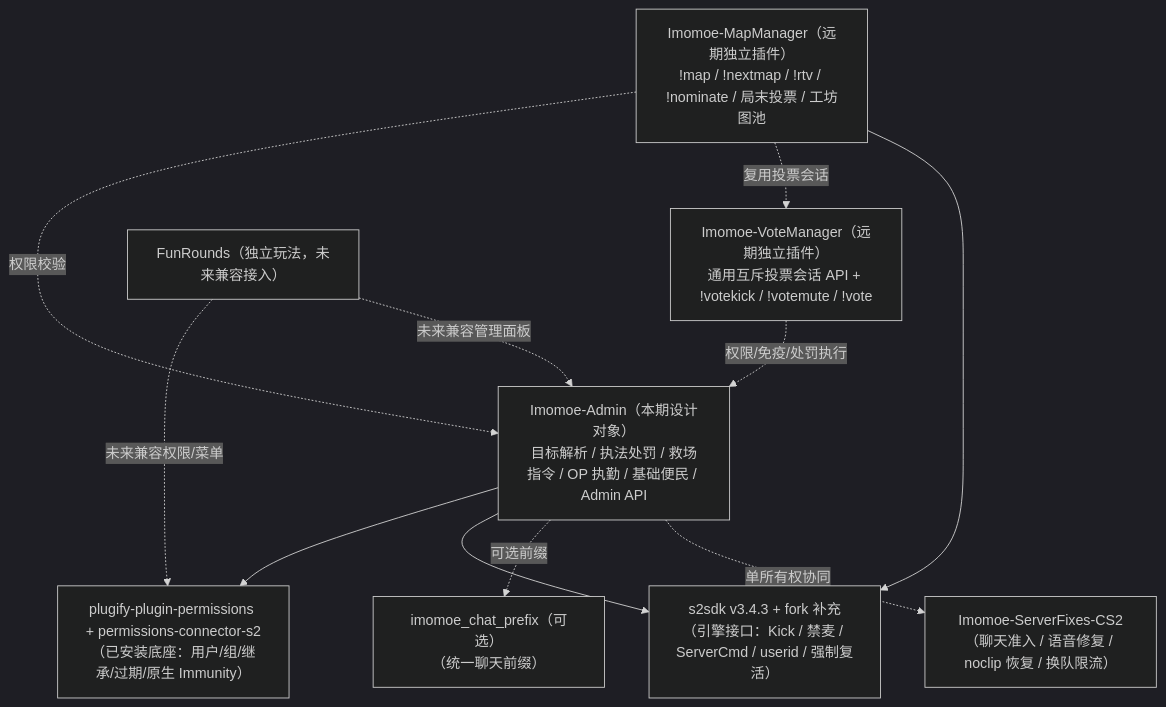
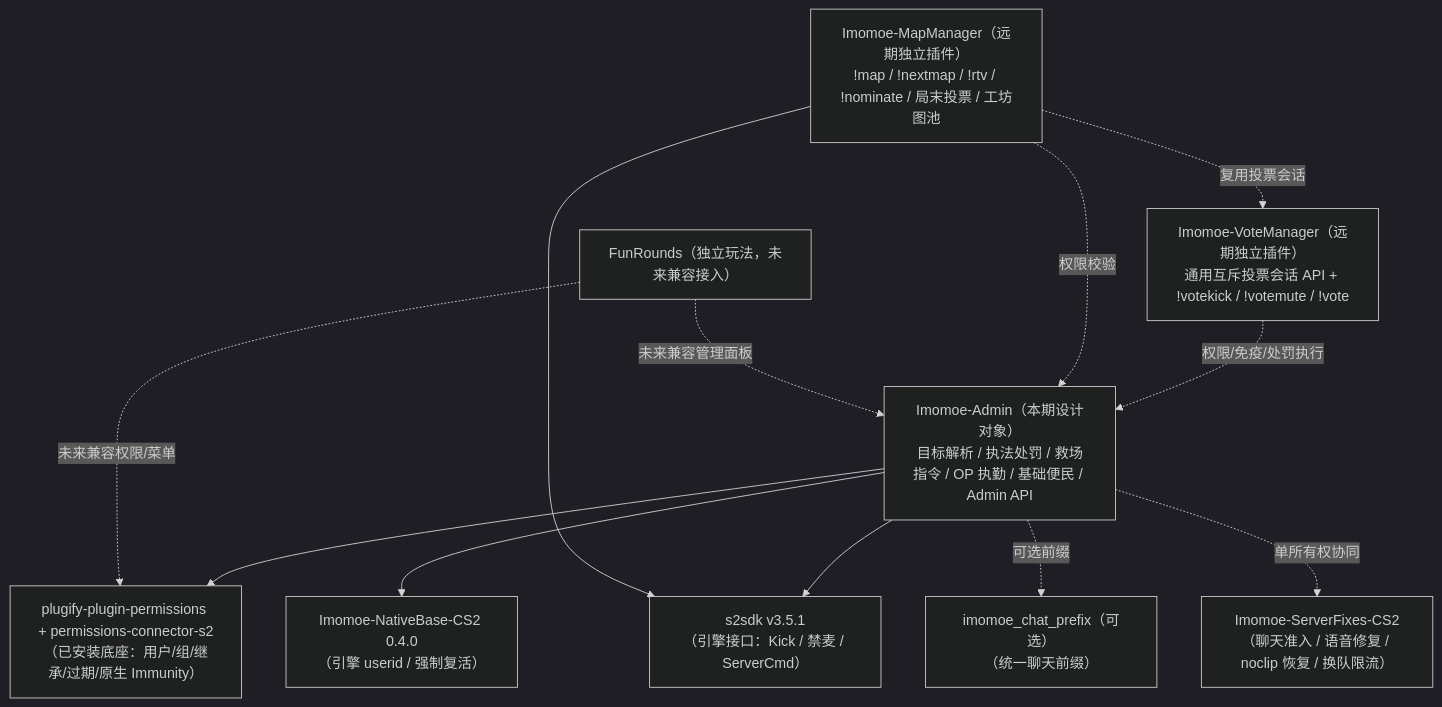
The diagram in docs/SPEC.md (Imomoe-Community/Imomoe-Admin), drawn with Mermaid (dark theme) before and after one commit. The commit also changed other lines of this file and 14 other files, not shown here.

Commit message:
refactor(s2sdk): align with s2sdk 3.5.1 and NativeBase ForceRespawnClient

````diff
--- a/docs/SPEC.md
+++ b/docs/SPEC.md
@@ -19,24 +19,26 @@
 ```mermaid
 flowchart TD
     Perms["plugify-plugin-permissions + permissions-connector-s2<br/>（已安装底座：用户/组/继承/过期/原生 Immunity）"]
-    S2SDK["s2sdk v3.4.3 + fork 补充<br/>（引擎接口：Kick / 禁麦 / ServerCmd / userid / 强制复活）"]
+    S2SDK["s2sdk v3.5.1<br/>（引擎接口：Kick / 禁麦 / ServerCmd）"]
+    NativeBase["Imomoe-NativeBase-CS2 0.4.0<br/>（引擎 userid / 强制复活）"]
     Fixes["Imomoe-ServerFixes-CS2<br/>（聊天准入 / 语音修复 / noclip 恢复 / 换队限流）"]
     Prefix["imomoe_chat_prefix（可选）<br/>（统一聊天前缀）"]
 
     Admin["Imomoe-Admin（本期设计对象）<br/>目标解析 / 执法处罚 / 救场指令 / OP 执勤 / 基础便民 / Admin API"]
     MapMgr["Imomoe-MapManager（远期独立插件）<br/>!map / !nextmap / !rtv / !nominate / 局末投票 / 工坊图池"]
     VoteMgr["Imomoe-VoteManager（远期独立插件）<br/>通用互斥投票会话 API + !votekick / !votemute / !vote"]
     FunRounds["FunRounds（独立玩法，未来兼容接入）"]
 
     Admin --> Perms
     Admin --> S2SDK
+    Admin --> NativeBase
     Admin -.可选前缀.-> Prefix
     Admin -.单所有权协同.-> Fixes
 
     VoteMgr -.权限/免疫/处罚执行.-> Admin
     MapMgr -.权限校验.-> Admin
     MapMgr -.复用投票会话.-> VoteMgr
     MapMgr --> S2SDK
     FunRounds -.未来兼容权限/菜单.-> Perms
     FunRounds -.未来兼容管理面板.-> Admin
 ```
````
